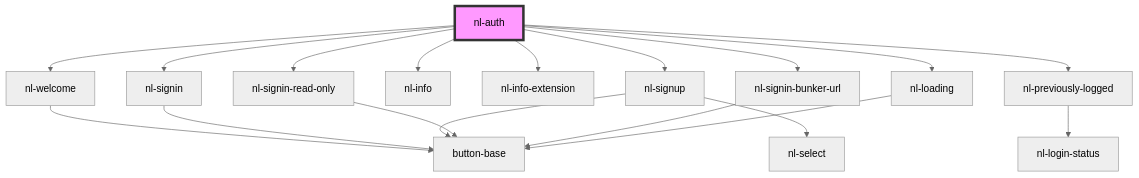
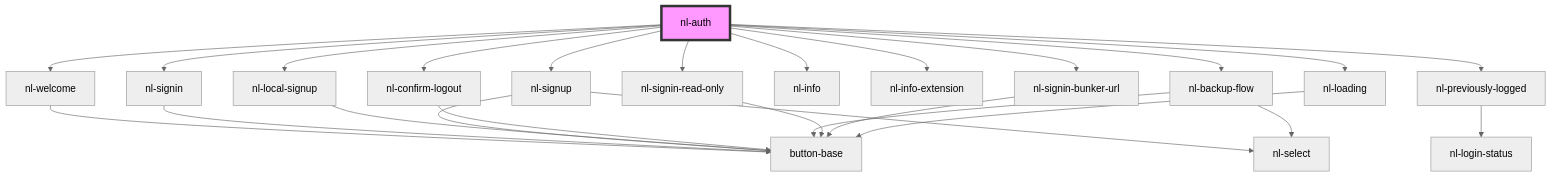
The diagram in packages/components/src/components/nl-auth/readme.md (nostrband/nostr-login), drawn with Mermaid (neutral theme) before and after one commit. The commit also changed other lines of this file and 31 other files, not shown here.

Commit message:
Add local signup flow

````diff
--- a/packages/components/src/components/nl-auth/readme.md
+++ b/packages/components/src/components/nl-auth/readme.md
@@ -45,21 +49,28 @@
 ```mermaid
 graph TD;
   nl-auth --> nl-welcome
   nl-auth --> nl-signin
   nl-auth --> nl-signup
+  nl-auth --> nl-local-signup
+  nl-auth --> nl-confirm-logout
+  nl-auth --> nl-backup-flow
   nl-auth --> nl-info
   nl-auth --> nl-info-extension
   nl-auth --> nl-signin-read-only
   nl-auth --> nl-signin-bunker-url
   nl-auth --> nl-previously-logged
   nl-auth --> nl-loading
   nl-welcome --> button-base
   nl-signin --> button-base
   nl-signup --> nl-select
   nl-signup --> button-base
+  nl-local-signup --> button-base
+  nl-confirm-logout --> button-base
+  nl-backup-flow --> button-base
+  nl-backup-flow --> nl-select
   nl-signin-read-only --> button-base
   nl-signin-bunker-url --> button-base
   nl-previously-logged --> nl-login-status
   nl-loading --> button-base
   style nl-auth fill:#f9f,stroke:#333,stroke-width:4px
 ```
````
